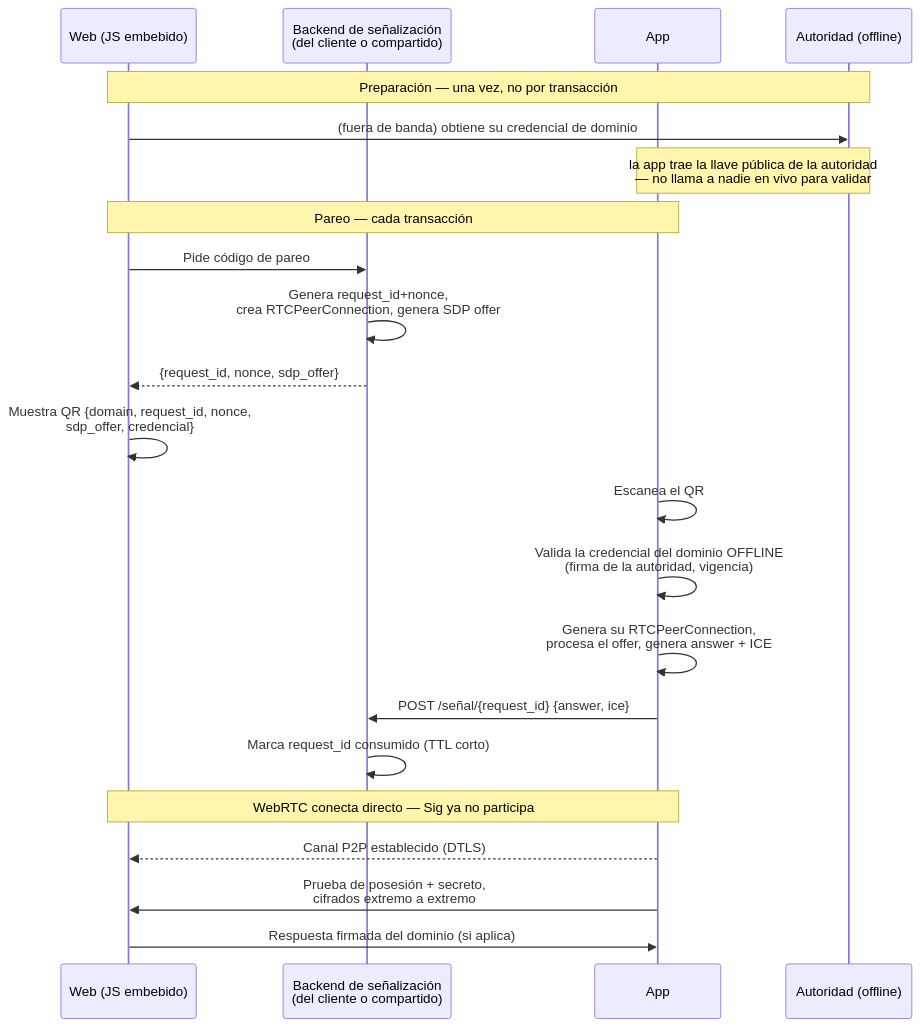
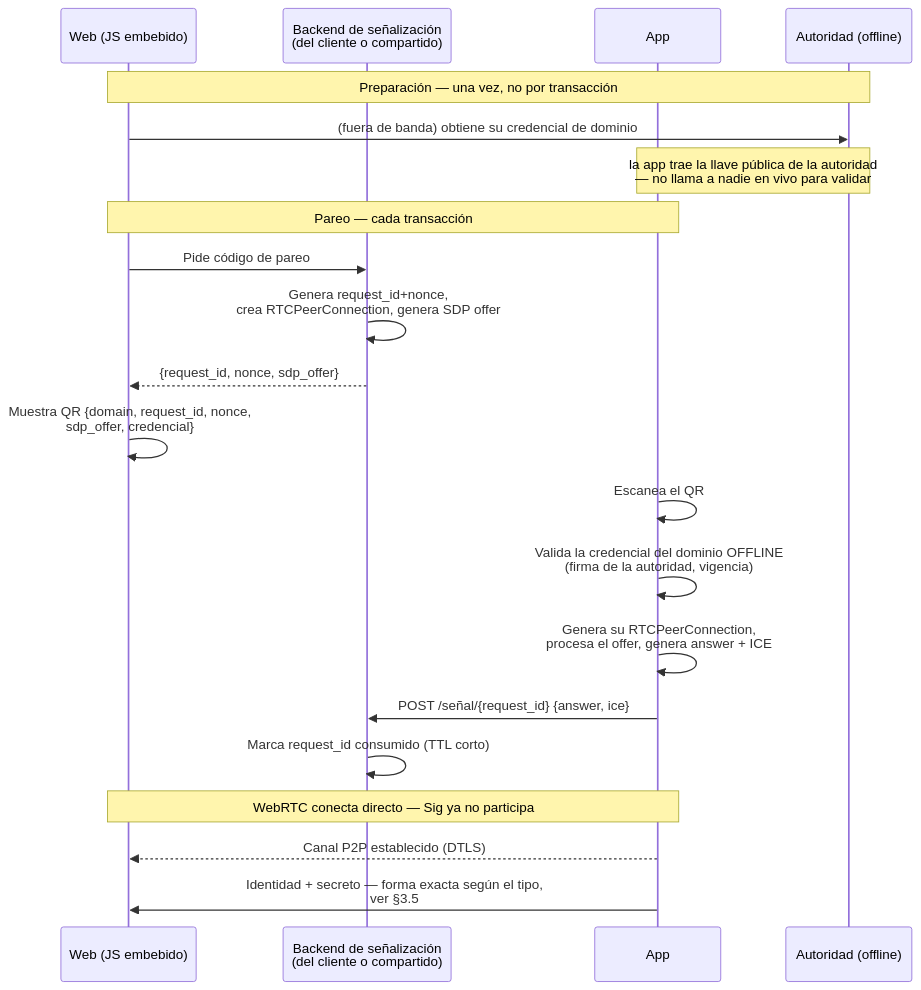
The second of 2 diagrams in ARQUITECTURA_V2.md (estefanozarate/SignApp), drawn with Mermaid before and after one commit. The commit also changed other lines of this file and 1 other file, not shown here.

````diff
--- a/ARQUITECTURA_V2.md
+++ b/ARQUITECTURA_V2.md
@@ -130,28 +144,27 @@
 ```mermaid
 sequenceDiagram
     participant Web as Web (JS embebido)
     participant Sig as Backend de señalización<br/>(del cliente o compartido)
     participant App
     participant Aut as Autoridad (offline)
 
     Note over Web,Aut: Preparación — una vez, no por transacción
     Web->>Aut: (fuera de banda) obtiene su credencial de dominio
     Note over App,Aut: la app trae la llave pública de la autoridad<br/>— no llama a nadie en vivo para validar
 
     Note over Web,App: Pareo — cada transacción
     Web->>Sig: Pide código de pareo
     Sig->>Sig: Genera request_id+nonce,<br/>crea RTCPeerConnection, genera SDP offer
     Sig-->>Web: {request_id, nonce, sdp_offer}
     Web->>Web: Muestra QR {domain, request_id, nonce,<br/>sdp_offer, credencial}
 
     App->>App: Escanea el QR
     App->>App: Valida la credencial del dominio OFFLINE<br/>(firma de la autoridad, vigencia)
     App->>App: Genera su RTCPeerConnection,<br/>procesa el offer, genera answer + ICE
     App->>Sig: POST /señal/{request_id} {answer, ice}
     Sig->>Sig: Marca request_id consumido (TTL corto)
 
     Note over App,Web: WebRTC conecta directo — Sig ya no participa
     App-->>Web: Canal P2P establecido (DTLS)
-    App->>Web: Prueba de posesión + secreto,<br/>cifrados extremo a extremo
-    Web->>App: Respuesta firmada del dominio (si aplica)
+    App->>Web: Identidad + secreto — forma exacta según el tipo,<br/>ver §3.5
 ```
````
